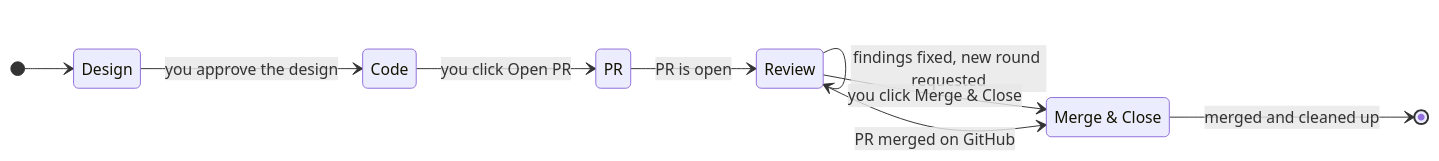
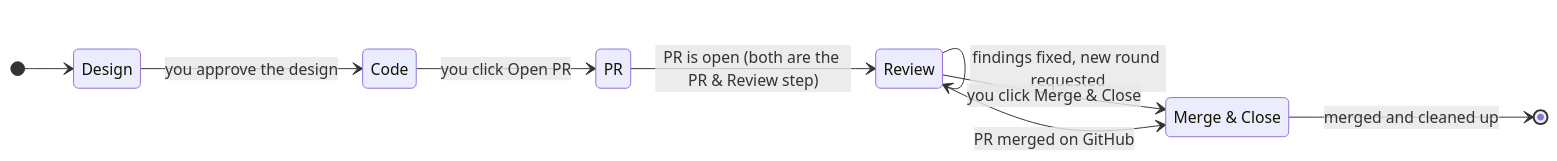
The second of 3 diagrams in docs/design.md (yugabyte/meko), drawn with Mermaid before and after one commit. The commit also changed other lines of this file and 23 other files, not shown here.

````diff
--- a/docs/design.md
+++ b/docs/design.md
@@ -597,13 +603,13 @@
 ```mermaid
 stateDiagram-v2
   direction LR
   state "Merge & Close" as MergeClose
   [*] --> Design
   Design --> Code : you approve the design
   Code --> PR : you click Open PR
-  PR --> Review : PR is open
+  PR --> Review : PR is open (both are the PR & Review step)
   Review --> Review : findings fixed, new round requested
   Review --> MergeClose : you click Merge & Close
   Review --> MergeClose : PR merged on GitHub
   MergeClose --> [*] : merged and cleaned up
 ```
````
